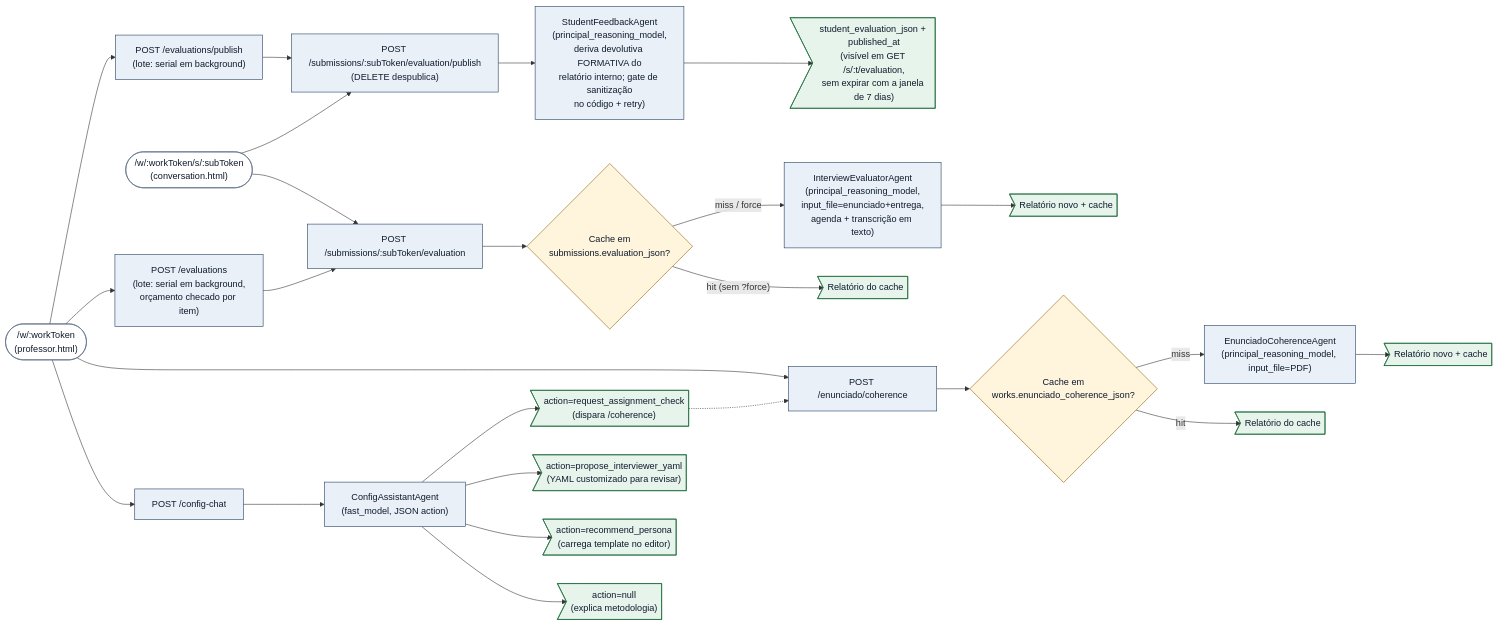
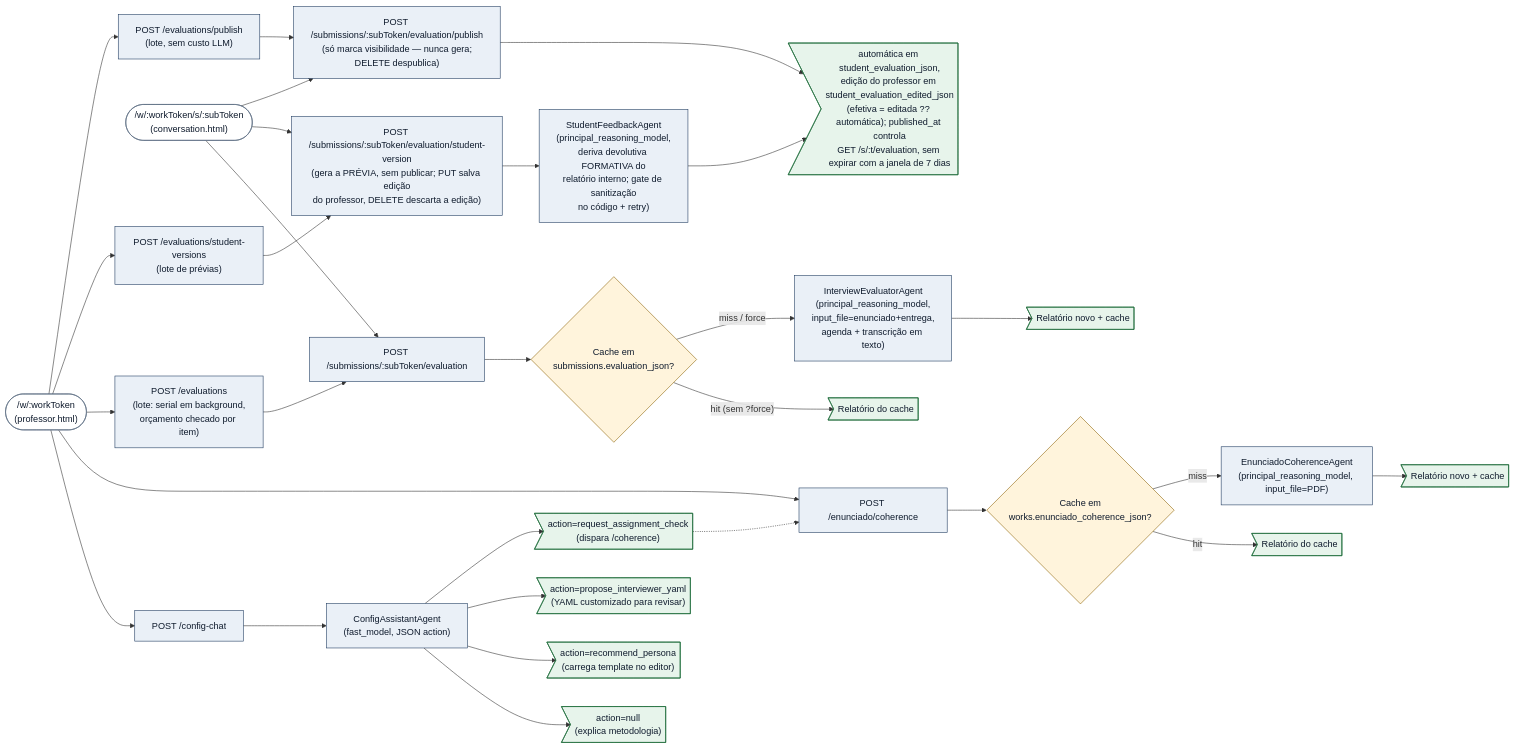
The second of 2 diagrams in docs/architecture.md (gladsjr/super-ta), drawn with Mermaid before and after one commit. The commit also changed other lines of this file and 7 other files, not shown here.

First line of the commit message:
feat(professor): revisão prévia e edição da devolutiva antes de publicar

````diff
--- a/docs/architecture.md
+++ b/docs/architecture.md
@@ -128,45 +128,49 @@
 ```mermaid
 flowchart LR
   ProfUI(["/w/:workToken<br/>(professor.html)"]) --> ChatHandler["POST /config-chat"]
   ProfUI --> CoherenceHandler["POST /enunciado/coherence"]
   ConvUI(["/w/:workToken/s/:subToken<br/>(conversation.html)"]) --> EvalHandler["POST /submissions/:subToken/evaluation"]
   ProfUI --> BatchHandler["POST /evaluations<br/>(lote: serial em background,<br/>orçamento checado por item)"]
   BatchHandler --> EvalHandler
 
   EvalHandler --> EvalCache{"Cache em<br/>submissions.evaluation_json?"}
   EvalCache -- "hit (sem ?force)" --> OutEvalCached>"Relatório do cache"]
   EvalCache -- "miss / force" --> EvalAgent["InterviewEvaluatorAgent<br/>(principal_reasoning_model,<br/>input_file=enunciado+entrega,<br/>agenda + transcrição em texto)"]
   EvalAgent --> OutEvalFresh>"Relatório novo + cache"]
 
-  ConvUI --> PublishHandler["POST /submissions/:subToken/evaluation/publish<br/>(DELETE despublica)"]
-  ProfUI --> PublishBatch["POST /evaluations/publish<br/>(lote: serial em background)"]
+  ConvUI --> DeriveHandler["POST /submissions/:subToken/evaluation/student-version<br/>(gera a PRÉVIA, sem publicar; PUT salva edição<br/>do professor, DELETE descarta a edição)"]
+  ProfUI --> DeriveBatch["POST /evaluations/student-versions<br/>(lote de prévias)"]
+  DeriveBatch --> DeriveHandler
+  DeriveHandler --> FeedbackAgent["StudentFeedbackAgent<br/>(principal_reasoning_model,<br/>deriva devolutiva FORMATIVA do<br/>relatório interno; gate de sanitização<br/>no código + retry)"]
+  ConvUI --> PublishHandler["POST /submissions/:subToken/evaluation/publish<br/>(só marca visibilidade — nunca gera;<br/>DELETE despublica)"]
+  ProfUI --> PublishBatch["POST /evaluations/publish<br/>(lote, sem custo LLM)"]
   PublishBatch --> PublishHandler
-  PublishHandler --> FeedbackAgent["StudentFeedbackAgent<br/>(principal_reasoning_model,<br/>deriva devolutiva FORMATIVA do<br/>relatório interno; gate de sanitização<br/>no código + retry)"]
-  FeedbackAgent --> OutPublished>"student_evaluation_json + published_at<br/>(visível em GET /s/:t/evaluation,<br/>sem expirar com a janela de 7 dias)"]
+  FeedbackAgent --> OutPublished>"automática em student_evaluation_json,<br/>edição do professor em student_evaluation_edited_json<br/>(efetiva = editada ?? automática); published_at controla<br/>GET /s/:t/evaluation, sem expirar com a janela de 7 dias"]
+  PublishHandler --> OutPublished
 
   ChatHandler --> ConfigAgent["ConfigAssistantAgent<br/>(fast_model, JSON action)"]
   ConfigAgent --> ActExplain>"action=null<br/>(explica metodologia)"]
   ConfigAgent --> ActPersona>"action=recommend_persona<br/>(carrega template no editor)"]
   ConfigAgent --> ActYaml>"action=propose_interviewer_yaml<br/>(YAML customizado para revisar)"]
   ConfigAgent --> ActCheck>"action=request_assignment_check<br/>(dispara /coherence)"]
   ActCheck -.-> CoherenceHandler
 
   CoherenceHandler --> Cache{"Cache em<br/>works.enunciado_coherence_json?"}
   Cache -- "hit" --> OutCached>"Relatório do cache"]
   Cache -- "miss" --> CoherenceAgent["EnunciadoCoherenceAgent<br/>(principal_reasoning_model, input_file=PDF)"]
   CoherenceAgent --> OutFresh>"Relatório novo + cache"]
 
   classDef agent fill:#eaf0f7,stroke:#1e3a5f,color:#0f1b2d;
   classDef gate  fill:#fff4dc,stroke:#8a6100,color:#0f1b2d;
   classDef out   fill:#e7f4eb,stroke:#1f6c3b,color:#0f1b2d;
   classDef entry fill:#ffffff,stroke:#5a6b80,color:#0f1b2d;
-  class ChatHandler,CoherenceHandler,ConfigAgent,CoherenceAgent,EvalHandler,BatchHandler,EvalAgent,PublishHandler,PublishBatch,FeedbackAgent agent
+  class ChatHandler,CoherenceHandler,ConfigAgent,CoherenceAgent,EvalHandler,BatchHandler,EvalAgent,DeriveHandler,DeriveBatch,PublishHandler,PublishBatch,FeedbackAgent agent
   class Cache,EvalCache gate
   class ActExplain,ActPersona,ActYaml,ActCheck,OutCached,OutFresh,OutEvalCached,OutEvalFresh,OutPublished out
   class ProfUI,ConvUI entry
 
   click ConfigAgent "vscode://file/c:/Users/glads/src/super-ta/agents/ConfigAssistantAgent.js" "Abre ConfigAssistantAgent"
   click CoherenceAgent "vscode://file/c:/Users/glads/src/super-ta/agents/EnunciadoCoherenceAgent.js" "Abre EnunciadoCoherenceAgent"
   click EvalAgent "vscode://file/c:/Users/glads/src/super-ta/agents/InterviewEvaluatorAgent.js:162" "Abre o systemPromptBody do InterviewEvaluatorAgent"
   click FeedbackAgent "vscode://file/c:/Users/glads/src/super-ta/agents/StudentFeedbackAgent.js:74" "Abre o systemPromptBody do StudentFeedbackAgent"
 ```
````
